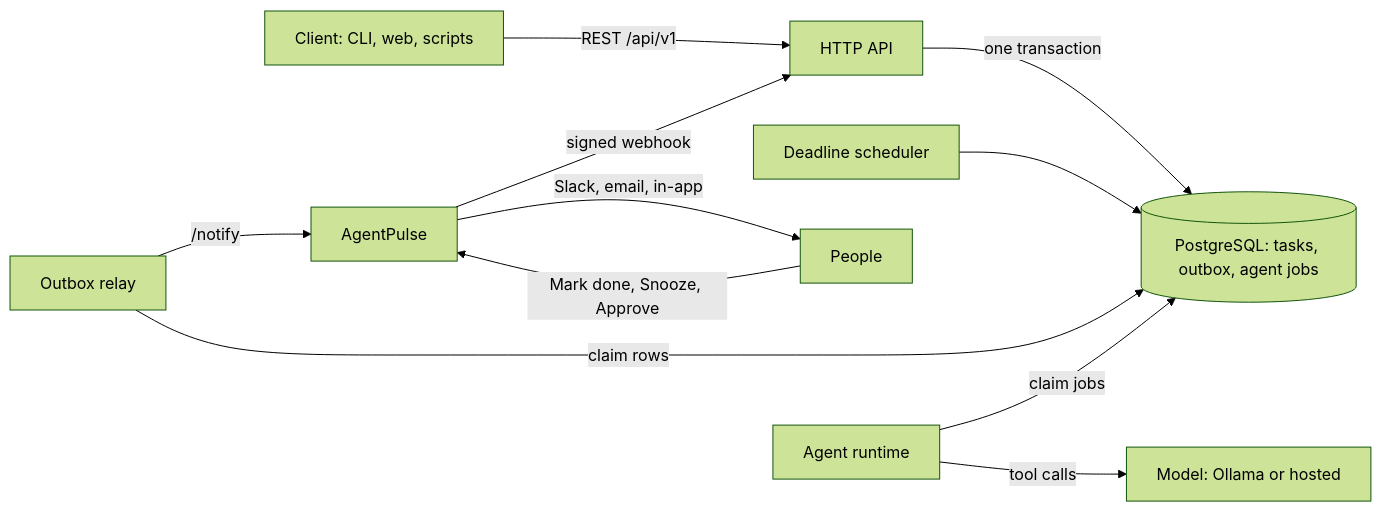
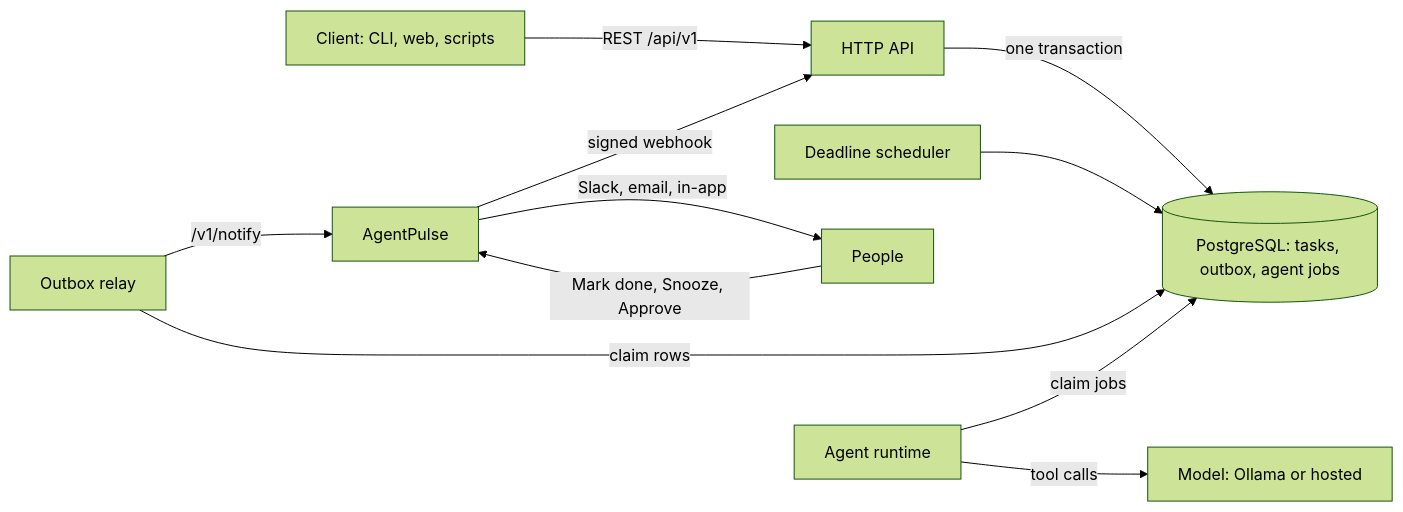
One commit to rtrtarun/taskify changed the diagram in README.md. Above: the diagram before and after it, drawn with Mermaid (forest theme). The commit also changed other lines of this file and 4 other files, not shown here.

First line of the commit message:
docs: describe the AgentPulse /v1/ contract, mark AP done, and record departures D42 to D49 (AP-09)

````diff
--- a/README.md
+++ b/README.md
@@ -48,13 +48,13 @@
 ```mermaid
 flowchart LR
     client["Client: CLI, web, scripts"] -->|"REST /api/v1"| api["HTTP API"]
     api -->|"one transaction"| pg[("PostgreSQL: tasks, outbox, agent jobs")]
     sched["Deadline scheduler"] --> pg
     relay["Outbox relay"] -->|"claim rows"| pg
-    relay -->|"/notify"| ap["AgentPulse"]
+    relay -->|"/v1/notify"| ap["AgentPulse"]
     ap -->|"Slack, email, in-app"| user["People"]
     user -->|"Mark done, Snooze, Approve"| ap
     ap -->|"signed webhook"| api
     runtime["Agent runtime"] -->|"claim jobs"| pg
     runtime -->|"tool calls"| llm["Model: Ollama or hosted"]
 ```
````
